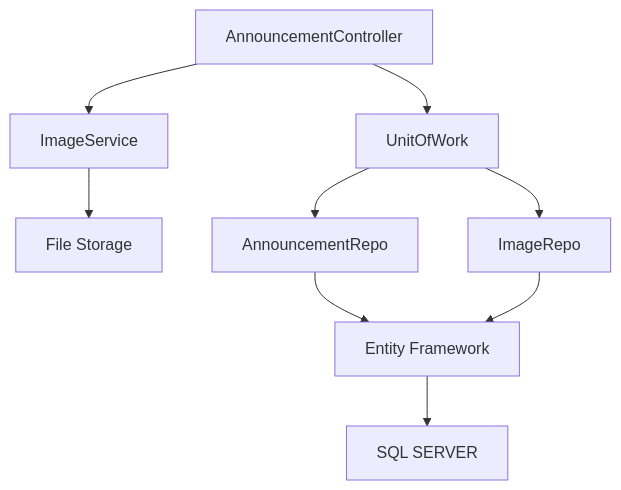
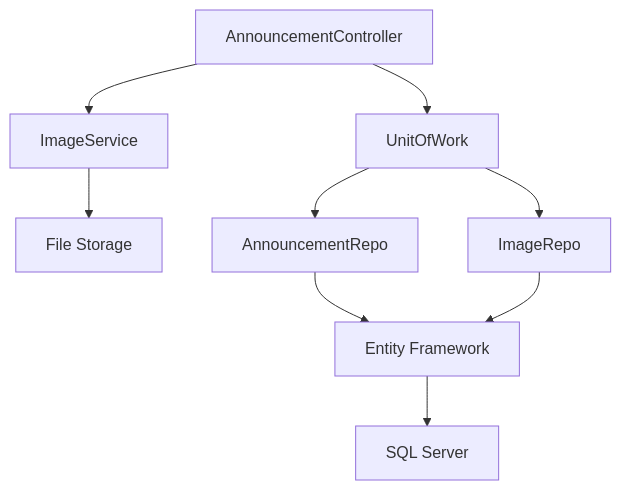
Before and after one commit to thom404/quarto-presentation-ihk: the diagram in mermaid-charts/logic.qmd, drawn with Mermaid. The commit also changed 16 other files, not shown here.

````diff
--- a/mermaid-charts/logic.qmd
+++ b/mermaid-charts/logic.qmd
@@ -1,27 +1,27 @@
 ```{mermaid}
 flowchart TD
 
     %% Komponenten
     Controller["AnnouncementController"]:::component
     UnitOfWork["UnitOfWork"]:::component
     ImageService["ImageService"]:::component
-    Database["SQL SERVER"]:::db
+    Database["SQL Server"]:::db
     EFC["Entity Framework"]:::efc
 
     %% Externe Abhängigkeiten
     FileSystem["File Storage"]:::ext
 
     %% Beziehungen
     Controller --> UnitOfWork
     Controller --> ImageService
 
     UnitOfWork --> AnnouncementRepo
     UnitOfWork --> ImageRepo
 
     AnnouncementRepo --> EFC
     ImageRepo --> EFC
 
     EFC --> Database
 
     ImageService --> FileSystem
 ```
````
